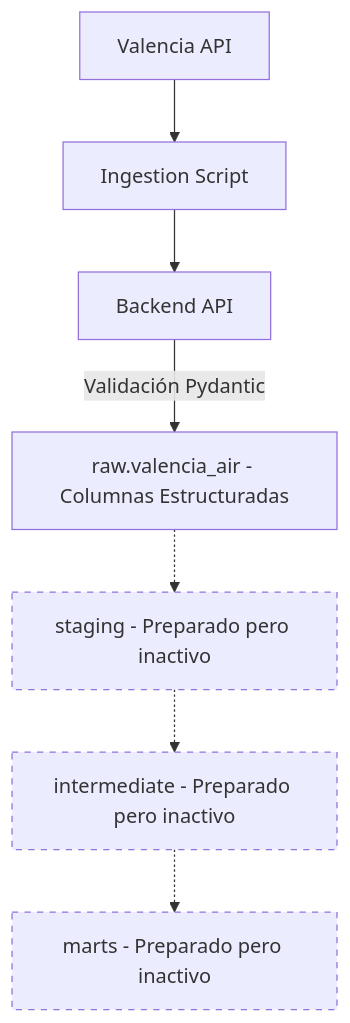
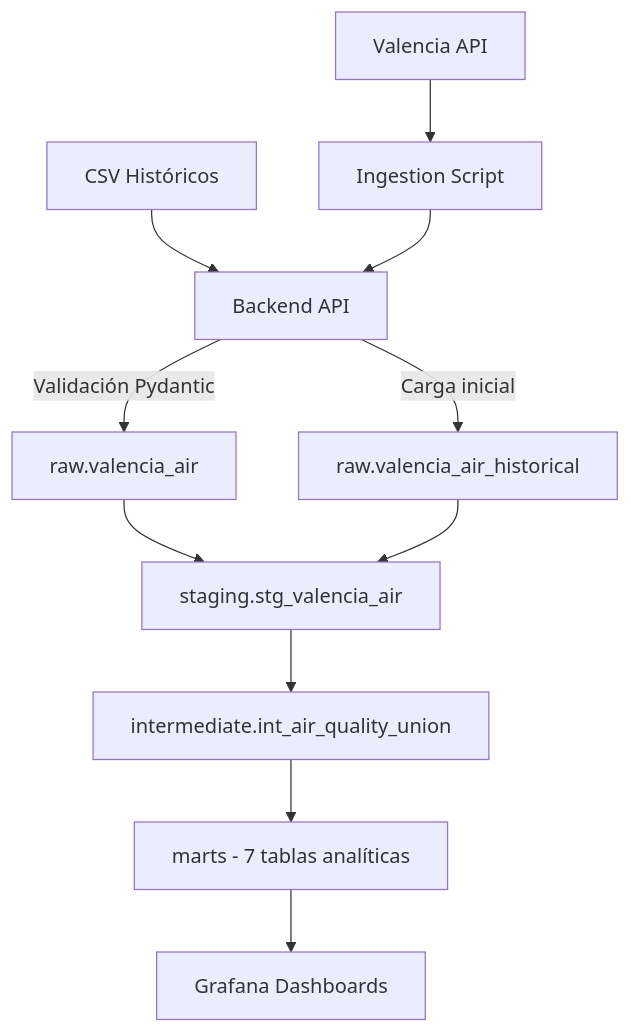
The second of 3 diagrams in z_Documentacion/DOCUMENTACION_TECNICA.md (SergioM-prog/Data-Project-1-Calidad-del-aire), drawn with Mermaid before and after one commit. The commit also changed other lines of this file, not shown here.

````diff
--- a/z_Documentacion/DOCUMENTACION_TECNICA.md
+++ b/z_Documentacion/DOCUMENTACION_TECNICA.md
@@ -146,13 +166,13 @@
 ```mermaid
 graph TD
     A[Valencia API] --> B[Ingestion Script]
+    H[CSV Históricos] --> C
     B --> C[Backend API]
-    C -->|Validación Pydantic| D[raw.valencia_air - Columnas Estructuradas]
-    D -.-> E[staging - Preparado pero inactivo]
-    E -.-> F[intermediate - Preparado pero inactivo]
-    F -.-> G[marts - Preparado pero inactivo]
-
-    style E stroke-dasharray: 5 5
-    style F stroke-dasharray: 5 5
-    style G stroke-dasharray: 5 5
+    C -->|Validación Pydantic| D[raw.valencia_air]
+    C -->|Carga inicial| D2[raw.valencia_air_historical]
+    D --> E[staging.stg_valencia_air]
+    D2 --> E
+    E --> F[intermediate.int_air_quality_union]
+    F --> G[marts - 7 tablas analíticas]
+    G --> GR[Grafana Dashboards]
 ```
````
